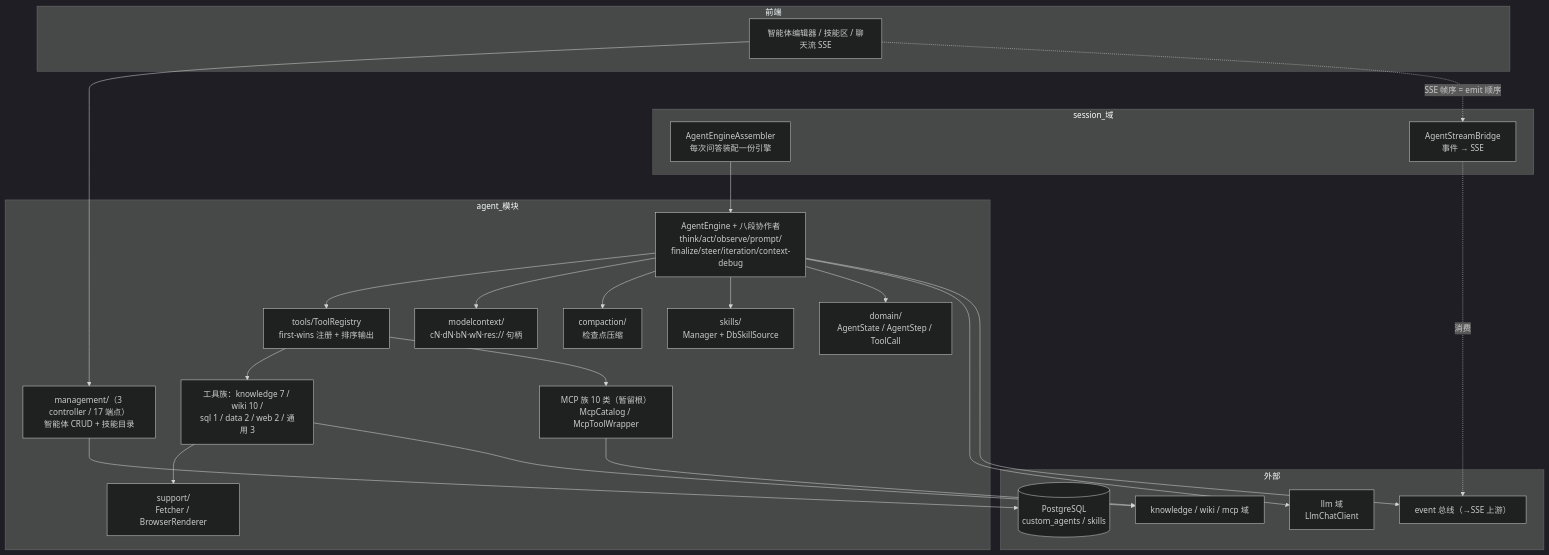
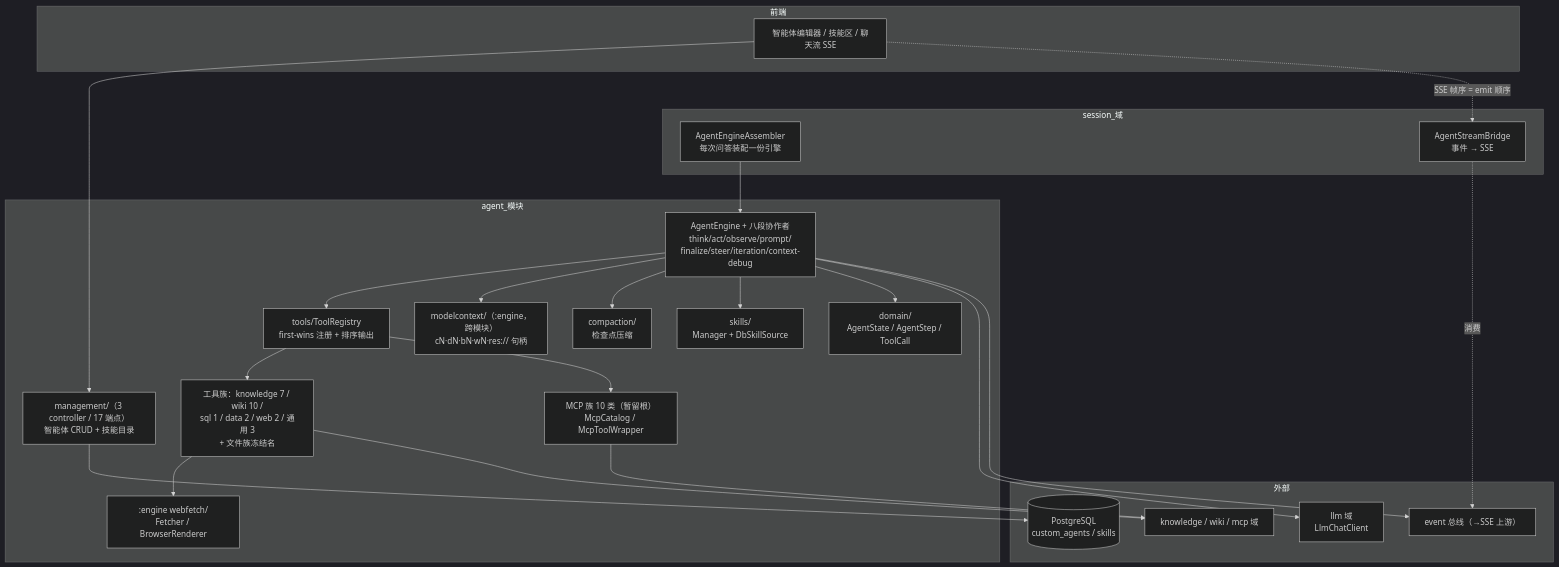
Before and after one commit to pmbilly/ragagent: the first of 7 diagrams in docs/agent-module-guide.md, drawn with Mermaid (dark theme). The commit also changed other lines of this file and 36 other files, not shown here.

````diff
--- a/docs/agent-module-guide.md
+++ b/docs/agent-module-guide.md
@@ -35,45 +35,45 @@
 ```mermaid
 graph TB
     subgraph 前端
         FE["智能体编辑器 / 技能区 / 聊天流 SSE"]
     end
 
     subgraph session_域
         ASM["AgentEngineAssembler<br/>每次问答装配一份引擎"]
         BR["AgentStreamBridge<br/>事件 → SSE"]
     end
 
     subgraph agent_模块
         MGMT["management/（3 controller / 17 端点）<br/>智能体 CRUD + 技能目录"]
         ENG["AgentEngine + 八段协作者<br/>think/act/observe/prompt/<br/>finalize/steer/iteration/context-debug"]
         REG["tools/ToolRegistry<br/>first-wins 注册 + 排序输出"]
-        FAM["工具族：knowledge 7 / wiki 10 /<br/>sql 1 / data 2 / web 2 / 通用 3"]
+        FAM["工具族：knowledge 7 / wiki 10 /<br/>sql 1 / data 2 / web 2 / 通用 3<br/>+ 文件族冻结名"]
         MCPF["MCP 族 10 类（暂留根）<br/>McpCatalog / McpToolWrapper"]
-        MC["modelcontext/<br/>cN·dN·bN·wN·res:// 句柄"]
+        MC["modelcontext/（:engine，跨模块）<br/>cN·dN·bN·wN·res:// 句柄"]
         CMP["compaction/<br/>检查点压缩"]
         SKL["skills/<br/>Manager + DbSkillSource"]
         DOM["domain/<br/>AgentState / AgentStep / ToolCall"]
-        SUP["support/<br/>Fetcher / BrowserRenderer"]
+        SUP[":engine webfetch/<br/>Fetcher / BrowserRenderer"]
     end
 
     subgraph 外部
         LLM["llm 域<br/>LlmChatClient"]
         EV["event 总线（→SSE 上游）"]
         PG[("PostgreSQL<br/>custom_agents / skills")]
         KW["knowledge / wiki / mcp 域"]
     end
 
     FE --> MGMT
     FE -. SSE 帧序 = emit 顺序 .-> BR
     MGMT --> PG
     ASM --> ENG
     ENG --> REG
     ENG --> MC & CMP & SKL & DOM
     REG --> FAM & MCPF
     FAM --> SUP
     FAM --> KW
     MCPF --> KW
     ENG --> LLM
     ENG --> EV
     BR -. 消费 .-> EV
 ```
````
